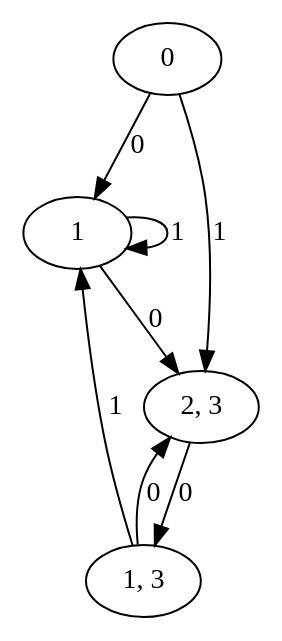
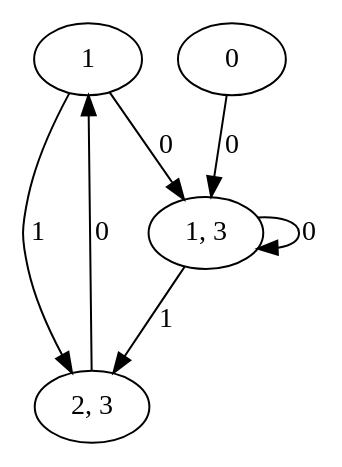
The diagram in MinimizationAutomate/src/main/resources/graph.dot (matjukov-nikolaj/TAaFL), drawn with Graphviz before and after one commit. The commit also changed 56 other files, not shown here.

```diff
--- a/MinimizationAutomate/src/main/resources/graph.dot
+++ b/MinimizationAutomate/src/main/resources/graph.dot
@@ -1,1 +1,1 @@
-digraph G{"1"->"2, 3"[label="0"];"1"->"1"[label="1"];"2, 3"->"1, 3"[label="0"];"1, 3"->"2, 3"[label="0"];"1, 3"->"1"[label="1"];"0"->"1"[label="0"];"0"->"2, 3"[label="1"];}
+digraph G{"1"->"1, 3"[label="0"];"1"->"2, 3"[label="1"];"2, 3"->"1"[label="0"];"1, 3"->"1, 3"[label="0"];"1, 3"->"2, 3"[label="1"];"0"->"1, 3"[label="0"];}
```
